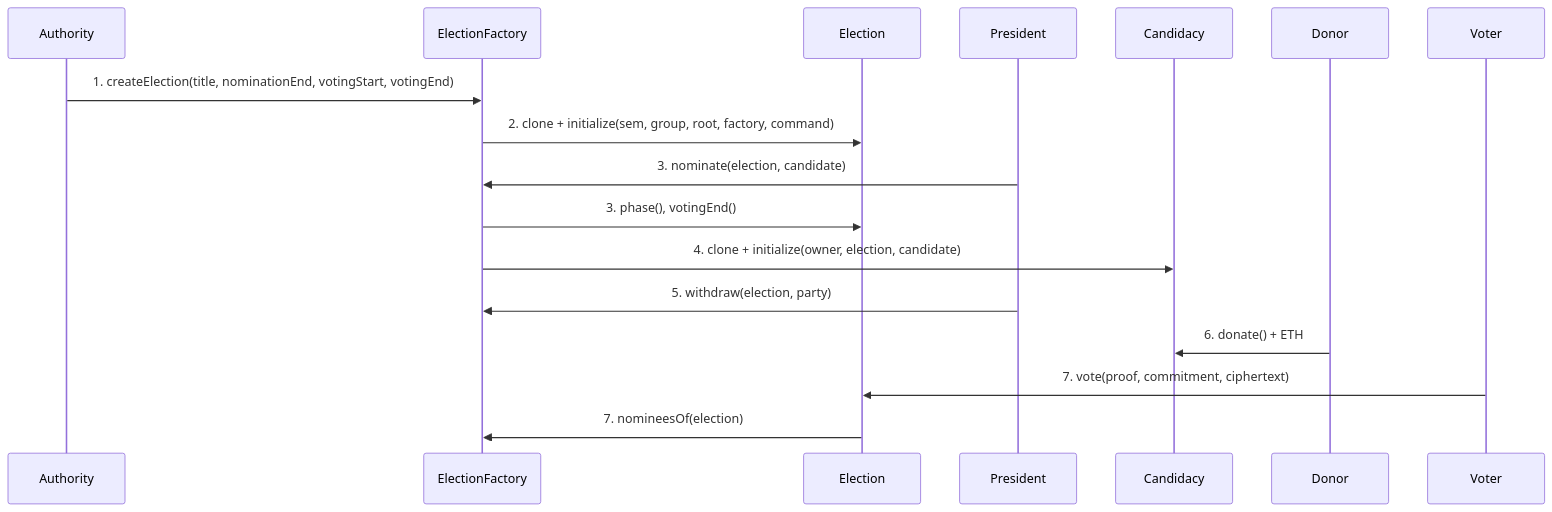
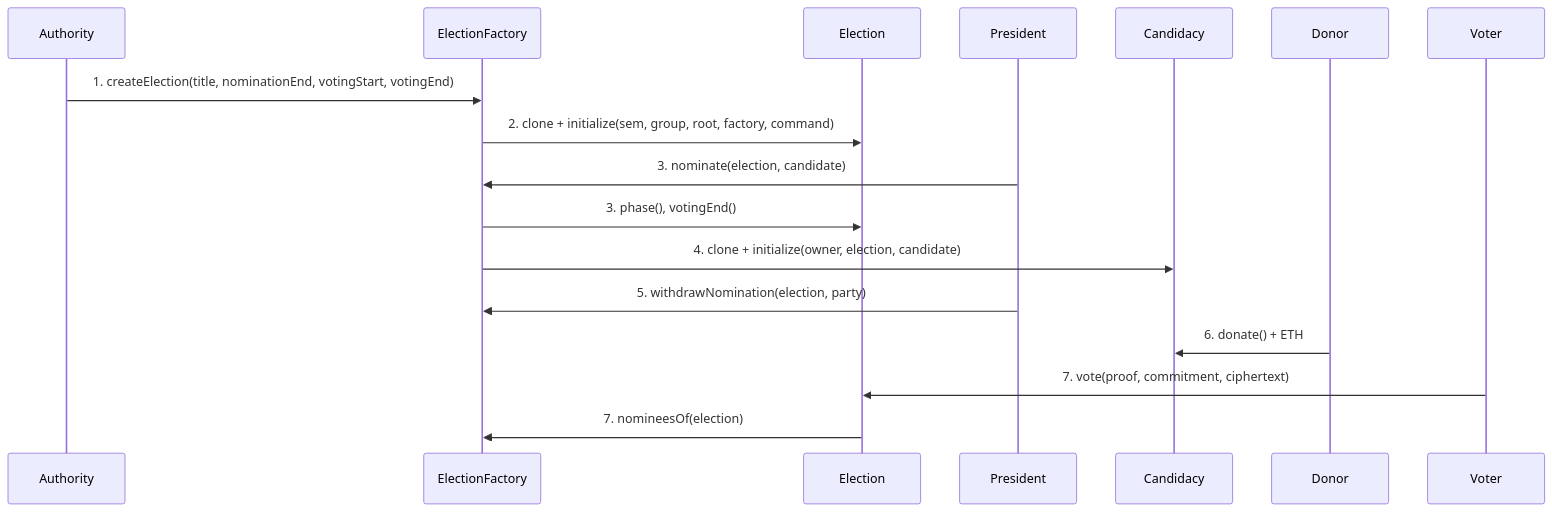
The first of 4 diagrams in .specs/features/candidacy/plan.md (paulosergioamorim/ethereum_elections_dapp), drawn with Mermaid before and after one commit. The commit also changed other lines of this file and 12 other files, not shown here.

````diff
--- a/.specs/features/candidacy/plan.md
+++ b/.specs/features/candidacy/plan.md
@@ -29,19 +29,19 @@
 ```mermaid
 sequenceDiagram
     participant A as Authority
     participant F as ElectionFactory
     participant E as Election
     participant Pr as President
     participant Y as Candidacy
     participant D as Donor
     participant V as Voter
     A->>F: 1. createElection(title, nominationEnd, votingStart, votingEnd)
     F->>E: 2. clone + initialize(sem, group, root, factory, command)
     Pr->>F: 3. nominate(election, candidate)
     F->>E: 3. phase(), votingEnd()
     F->>Y: 4. clone + initialize(owner, election, candidate)
-    Pr->>F: 5. withdraw(election, party)
+    Pr->>F: 5. withdrawNomination(election, party)
     D->>Y: 6. donate() + ETH
     V->>E: 7. vote(proof, commitment, ciphertext)
     E->>F: 7. nomineesOf(election)
 ```
````
